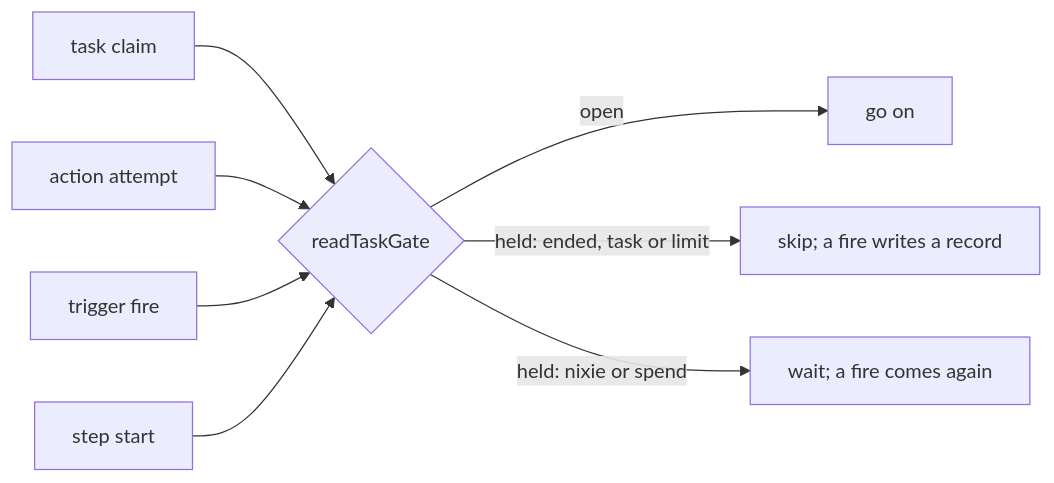
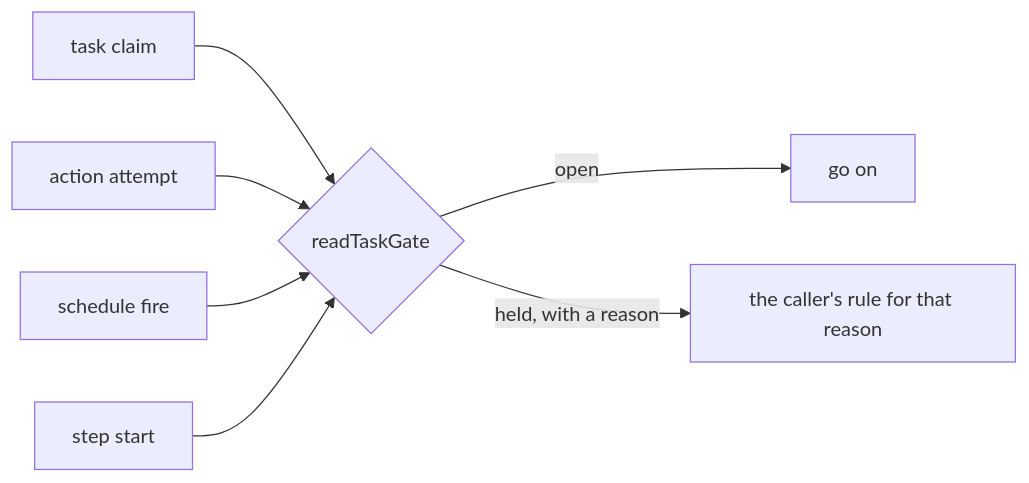
Before and after one commit to zgeoff/nixie: the diagram in docs/design/queue/task-gate.md, drawn with Mermaid. The commit also changed other lines of this file, not shown here.

Commit message:
docs(design): fix the second cold read's findings in the task gate

````diff
--- a/docs/design/queue/task-gate.md
+++ b/docs/design/queue/task-gate.md
@@ -19,10 +19,9 @@
 ```mermaid
 flowchart LR
   claim[task claim] --> gate{readTaskGate}
   attempt[action attempt] --> gate
-  fire[trigger fire] --> gate
+  fire[schedule fire] --> gate
   step[step start] --> gate
   gate -->|"open"| go[go on]
-  gate -->|"held: ended, task or limit"| skip[skip; a fire writes a record]
-  gate -->|"held: nixie or spend"| wait[wait; a fire comes again]
+  gate -->|"held, with a reason"| rule[the caller's rule for that reason]
 ```
````
